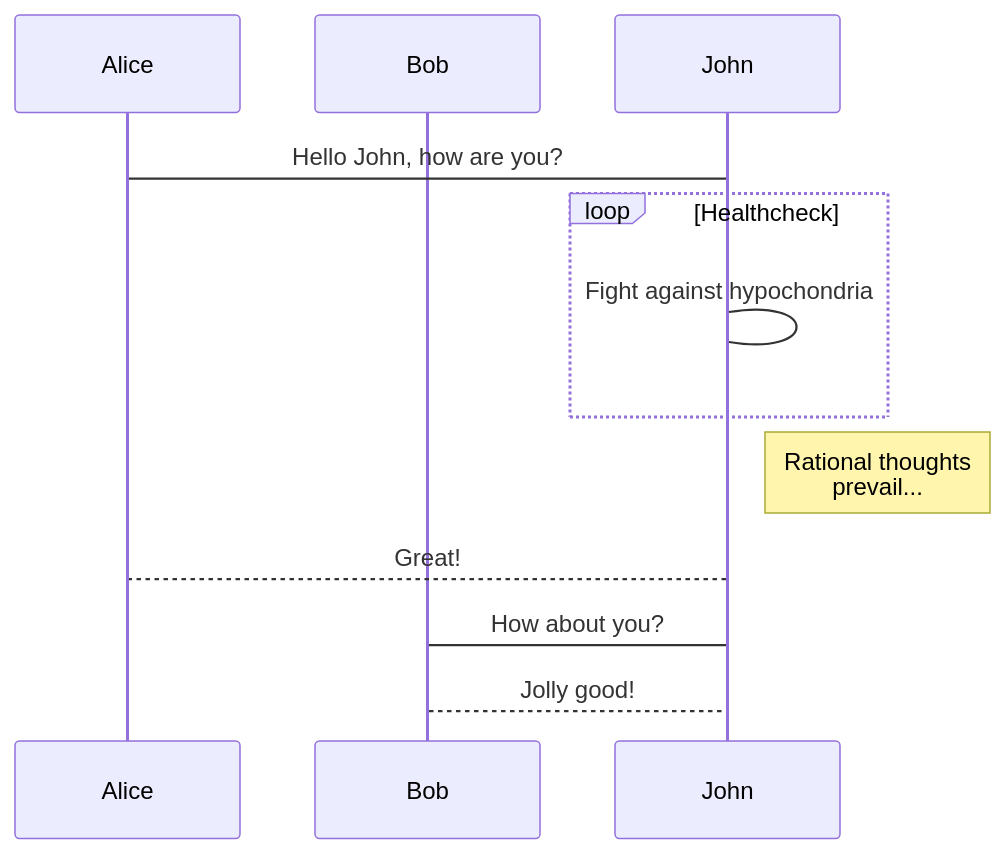
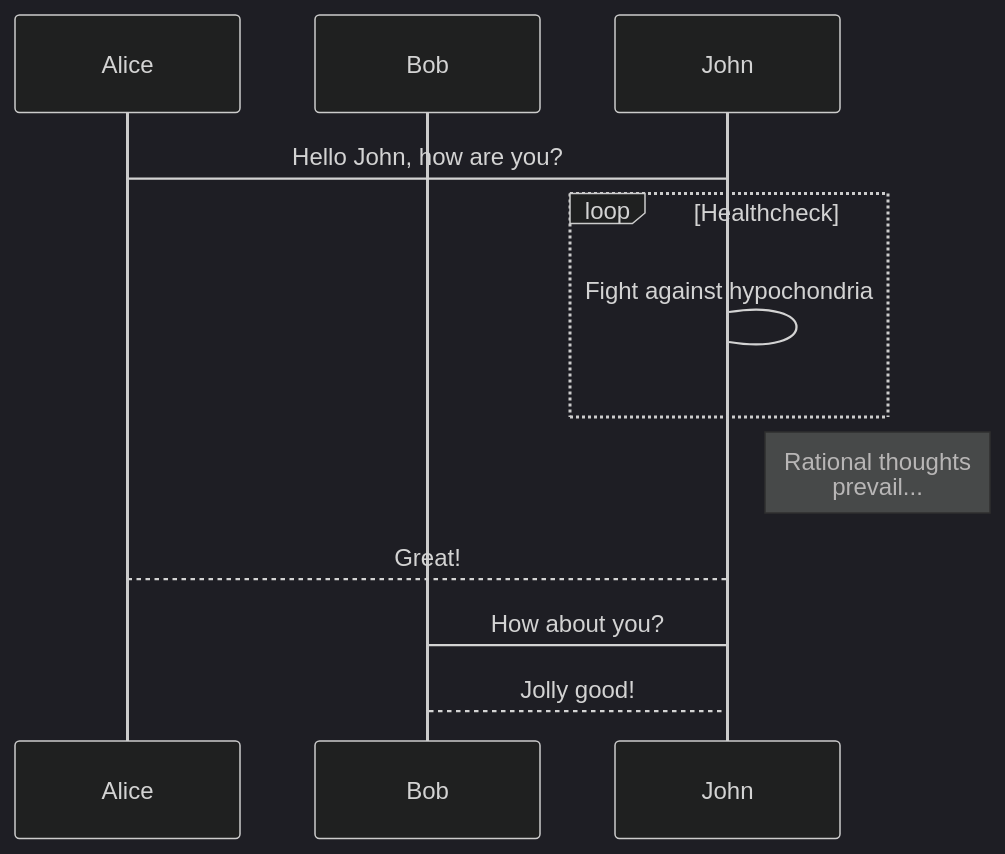
The second of 3 diagrams in docs/README.md (luuman/docusaurus-doc), drawn with Mermaid before and after one commit. The commit also changed other lines of this file and 5 other files, not shown here.

````diff
--- a/docs/README.md
+++ b/docs/README.md
@@ -115,13 +120,18 @@
 ```mermaid
+---
+config:
+  look: handDrawn
+  theme: dark
+---
 sequenceDiagram
   participant Alice
   participant Bob
   Alice->John: Hello John, how are you?
   loop Healthcheck
       John->John: Fight against hypochondria
   end
   Note right of John: Rational thoughts <br/>prevail...
   John-->Alice: Great!
   John->Bob: How about you?
   Bob-->John: Jolly good!
 ```
````
